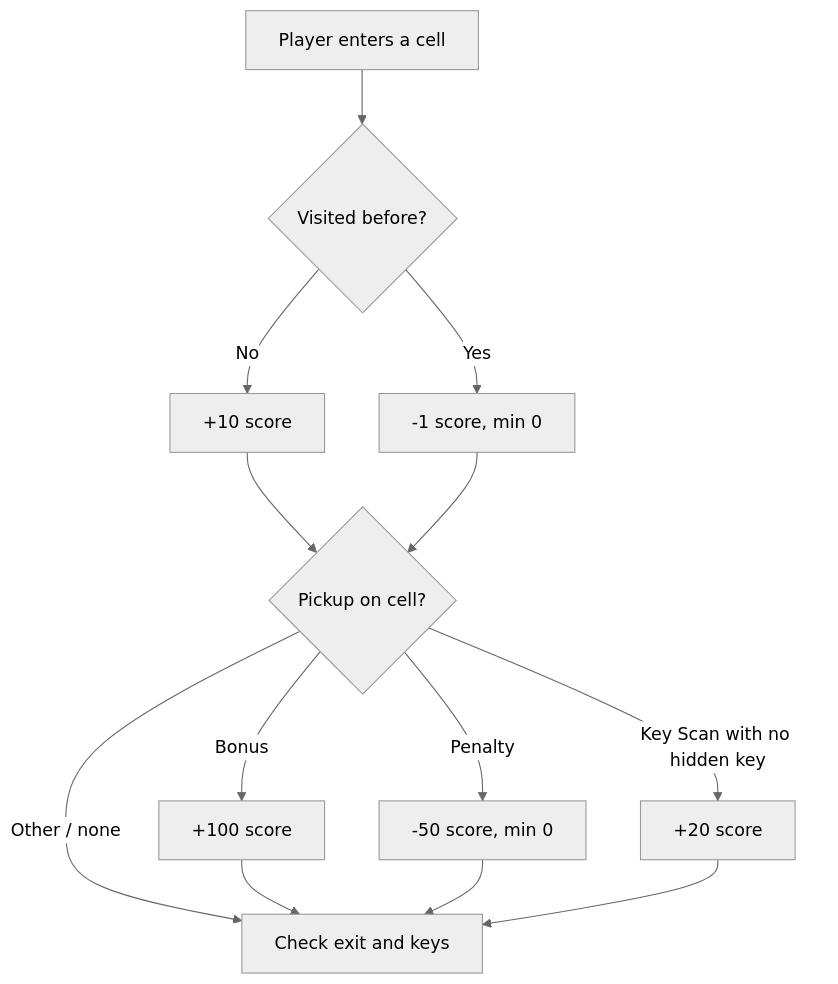
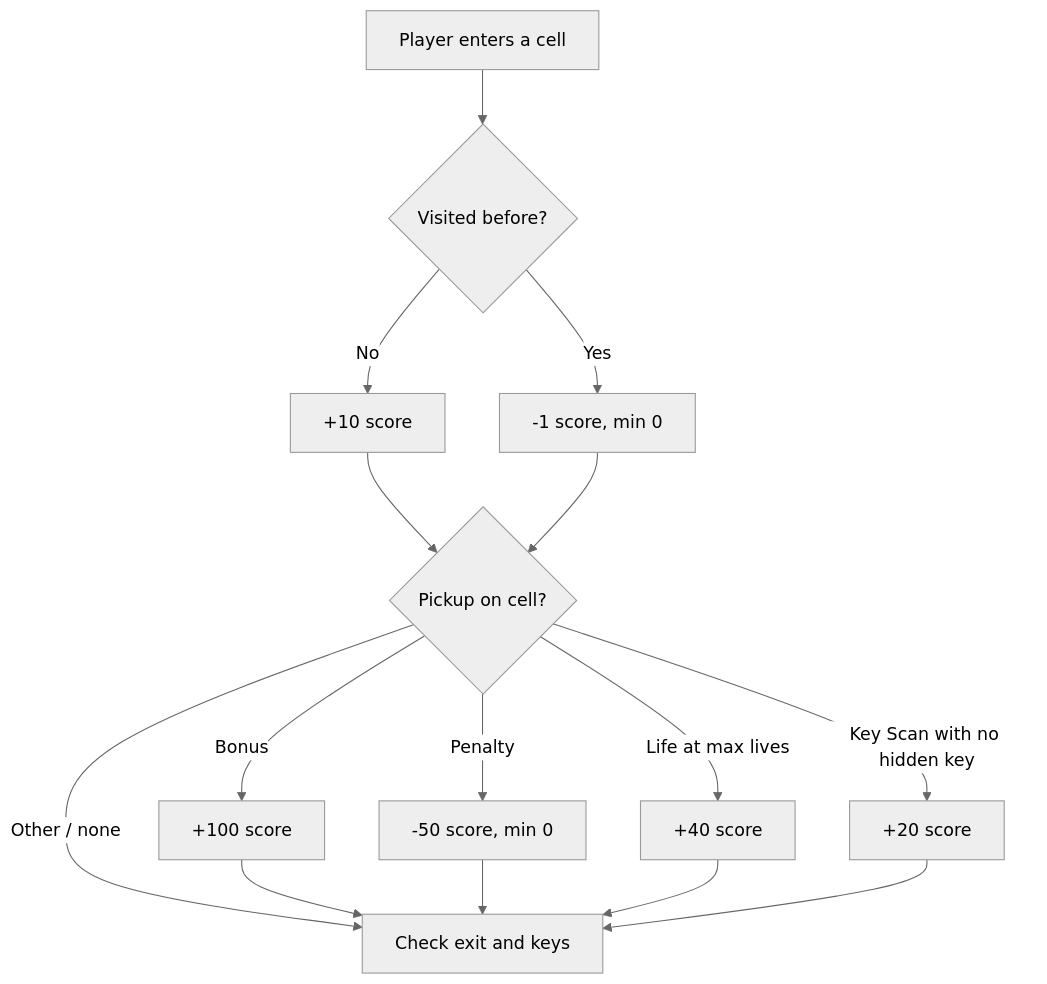
The first of 3 diagrams in README.md (Dmitriy-Romanov/laby), drawn with Mermaid (neutral theme) before and after one commit. The commit also changed other lines of this file and 17 other files, not shown here.

````diff
--- a/README.md
+++ b/README.md
@@ -135,15 +139,17 @@
 ```mermaid
 flowchart TD
     Step["Player enters a cell"] --> Seen{"Visited before?"}
     Seen -->|No| NewCell["+10 score"]
     Seen -->|Yes| Revisit["-1 score, min 0"]
     NewCell --> Pickup{"Pickup on cell?"}
     Revisit --> Pickup
     Pickup -->|Bonus| Bonus["+100 score"]
     Pickup -->|Penalty| Penalty["-50 score, min 0"]
+    Pickup -->|Life at max lives| LifeBonus["+40 score"]
     Pickup -->|Key Scan with no hidden key| ScanBonus["+20 score"]
     Pickup -->|Other / none| ExitCheck["Check exit and keys"]
     Bonus --> ExitCheck
     Penalty --> ExitCheck
+    LifeBonus --> ExitCheck
     ScanBonus --> ExitCheck
 ```
````
